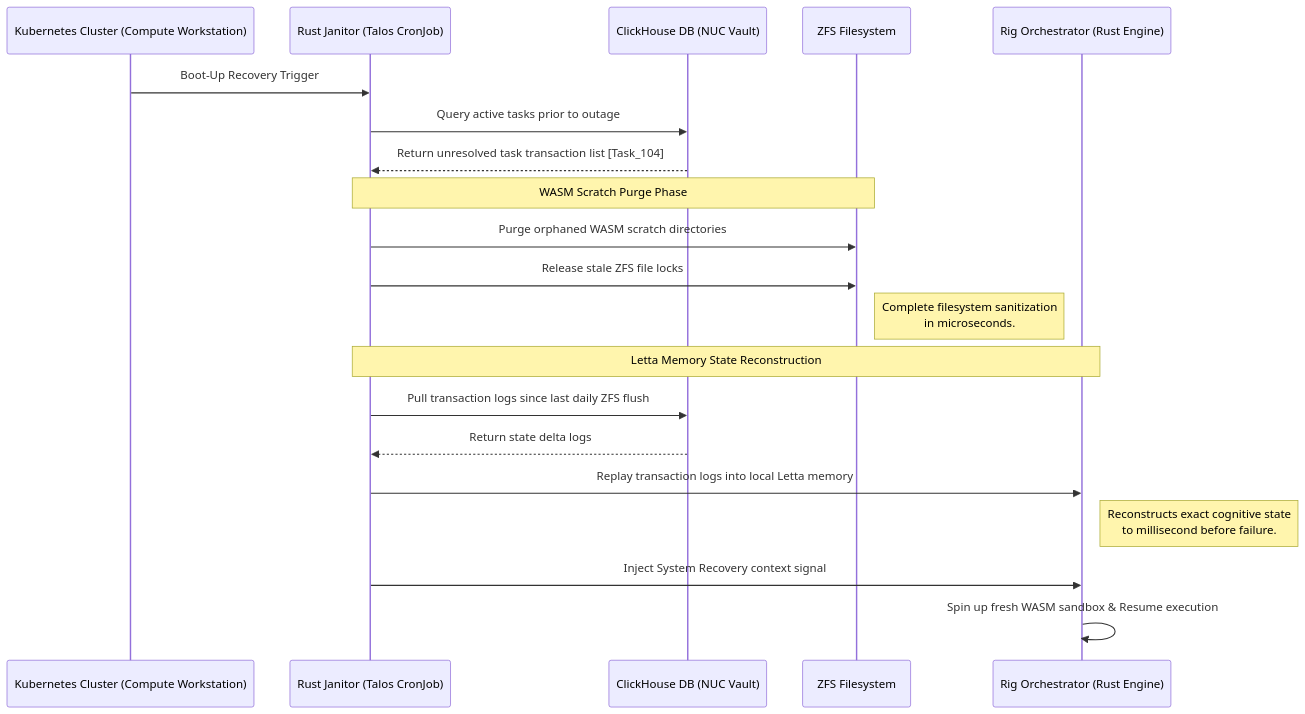
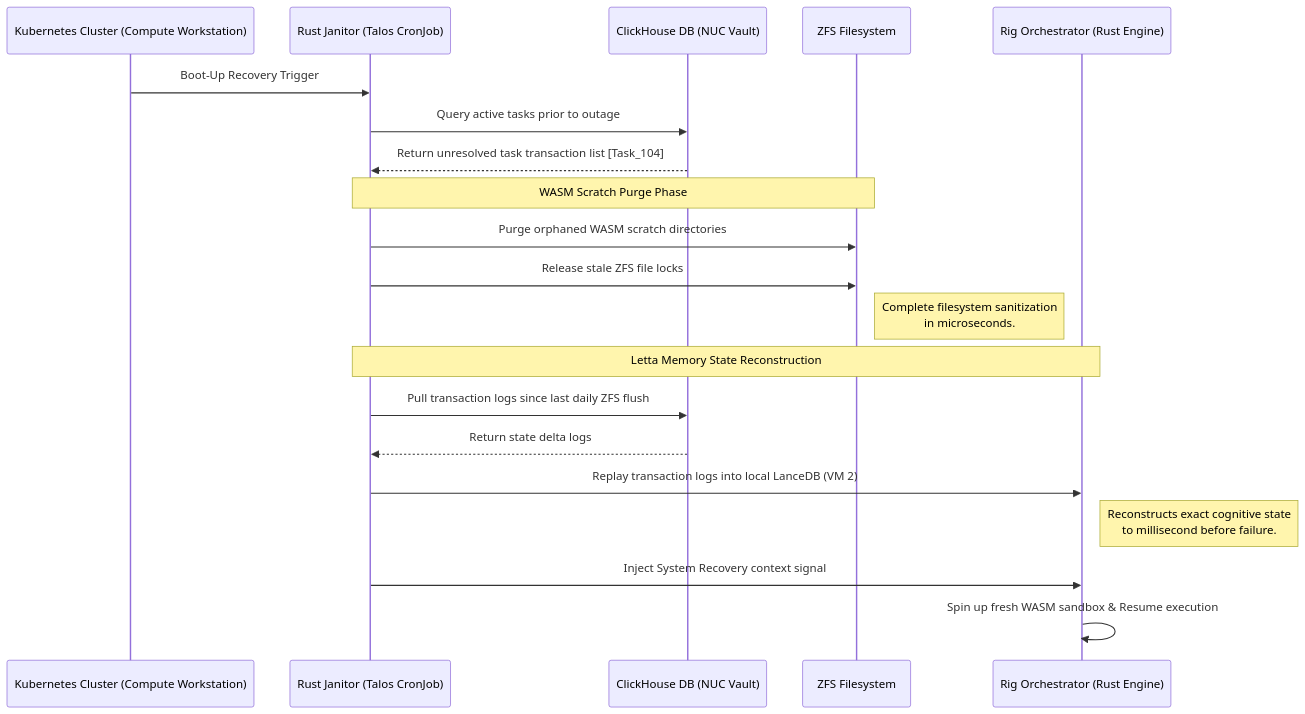
The diagram in docs/11. Disaster Recovery & Automated Healing.md (foersben/janus-synapse-edge), drawn with Mermaid before and after one commit. The commit also changed other lines of this file and 16 other files, not shown here.

First line of the commit message:
docs: resolve core architectural contradictions and upgrade validation rules

````diff
--- a/docs/11. Disaster Recovery & Automated Healing.md
+++ b/docs/11. Disaster Recovery & Automated Healing.md
@@ -41,26 +41,26 @@
 ```mermaid
 sequenceDiagram
     participant K8s as Kubernetes Cluster (Compute Workstation)
     participant Janitor as Rust Janitor (Talos CronJob)
     participant ClickHouse as ClickHouse DB (NUC Vault)
     participant LocalDisk as ZFS Filesystem
     participant Rig as Rig Orchestrator (Rust Engine)
 
     K8s->>Janitor: Boot-Up Recovery Trigger
     Janitor->>ClickHouse: Query active tasks prior to outage
     ClickHouse-->>Janitor: Return unresolved task transaction list [Task_104]
 
     Note over Janitor,LocalDisk: WASM Scratch Purge Phase
     Janitor->>LocalDisk: Purge orphaned WASM scratch directories
     Janitor->>LocalDisk: Release stale ZFS file locks
     Note right of LocalDisk: Complete filesystem sanitization<br/>in microseconds.
 
     Note over Janitor,Rig: Letta Memory State Reconstruction
     Janitor->>ClickHouse: Pull transaction logs since last daily ZFS flush
     ClickHouse-->>Janitor: Return state delta logs
-    Janitor->>Rig: Replay transaction logs into local Letta memory
+    Janitor->>Rig: Replay transaction logs into local LanceDB (VM 2)
     Note right of Rig: Reconstructs exact cognitive state<br/>to millisecond before failure.
 
     Janitor->>Rig: Inject System Recovery context signal
     Rig->>Rig: Spin up fresh WASM sandbox & Resume execution
 ```
````
